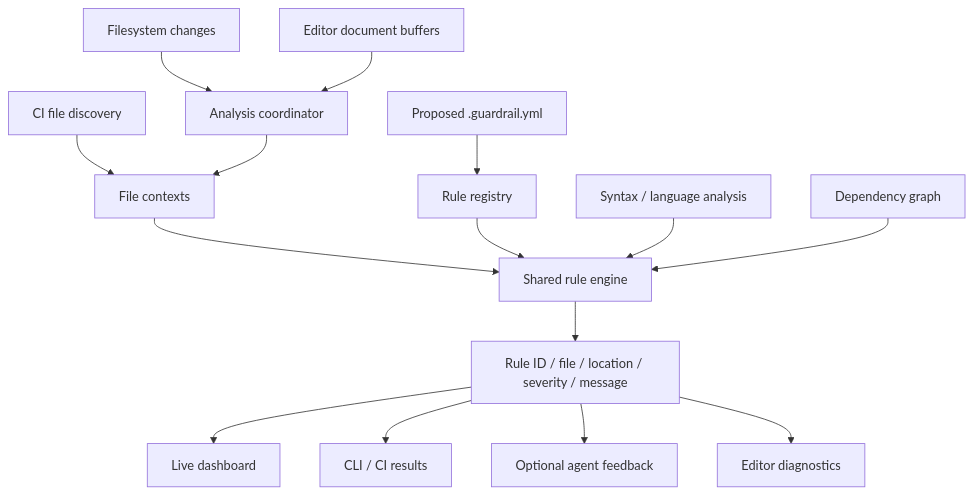
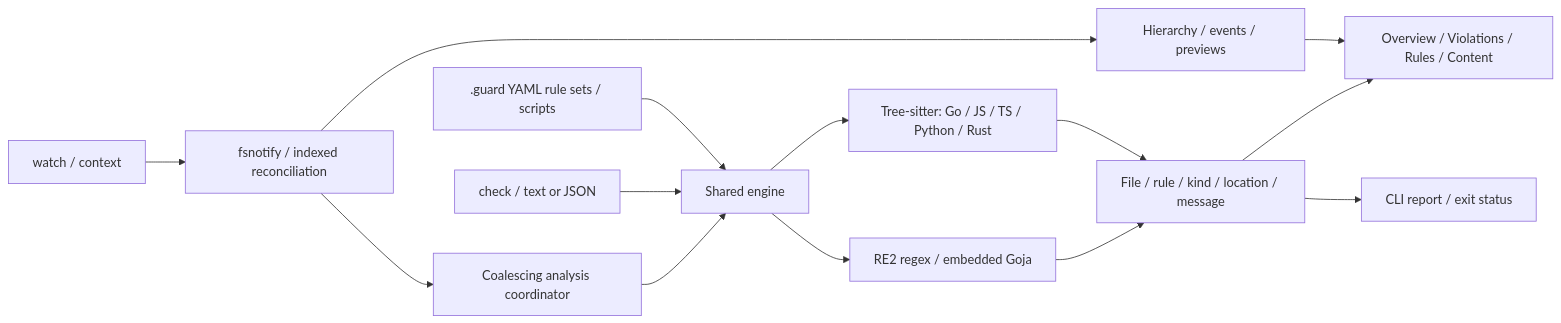
Before and after one commit to MoeidHeidari/guardrail: the diagram in docs/ARCHITECTURE.md, drawn with Mermaid. The commit also changed other lines of this file and 92 other files, not shown here.

Commit message:
feat(watch): add live rule analysis and interactive workspace dashboard

````diff
--- a/docs/ARCHITECTURE.md
+++ b/docs/ARCHITECTURE.md
@@ -51,17 +13,16 @@
 ```mermaid
-flowchart TD
-    Config["Proposed .guardrail.yml"] --> Registry["Rule registry"]
-    FS["Filesystem changes"] --> Coordinator["Analysis coordinator"]
-    Editor["Editor document buffers"] --> Coordinator
-    CIInput["CI file discovery"] --> Workspace["File contexts"]
-    Coordinator --> Workspace
-    Workspace --> Engine["Shared rule engine"]
-    Registry --> Engine
-    Language["Syntax / language analysis"] --> Engine
-    Dependencies["Dependency graph"] --> Engine
-    Engine --> Findings["Rule ID / file / location / severity / message"]
-    Findings --> Dashboard["Live dashboard"]
-    Findings --> Check["CLI / CI results"]
-    Findings --> Agent["Optional agent feedback"]
-    Findings --> Diagnostics["Editor diagnostics"]
+flowchart LR
+    CLI["watch / context"] --> Watcher["fsnotify / indexed reconciliation"]
+    Watcher --> Screen["Hierarchy / events / previews"]
+    Watcher --> Live["Coalescing analysis coordinator"]
+    Config[".guard YAML rule sets / scripts"] --> Engine["Shared engine"]
+    Live --> Engine
+    Check["check / text or JSON"] --> Engine
+    Engine --> Parser["Tree-sitter: Go / JS / TS / Python / Rust"]
+    Engine --> Rules["RE2 regex / embedded Goja"]
+    Parser --> Report["File / rule / kind / location / message"]
+    Rules --> Report
+    Report --> UI["Overview / Violations / Rules / Content"]
+    Report --> Exit["CLI report / exit status"]
+    Screen --> UI
 ```
````
